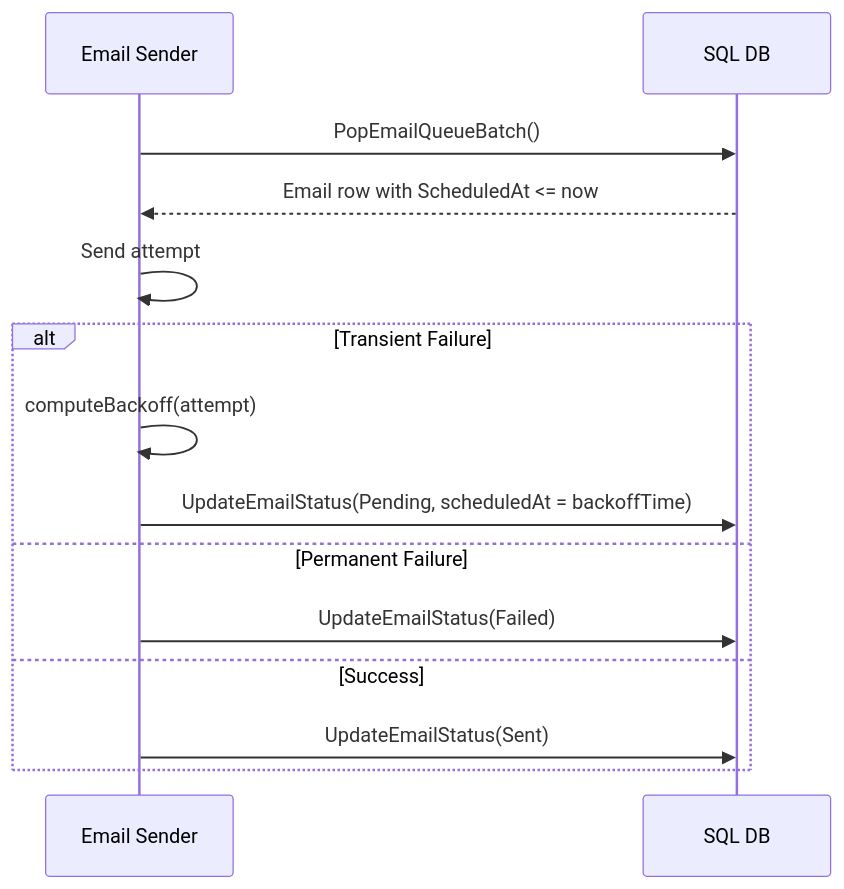
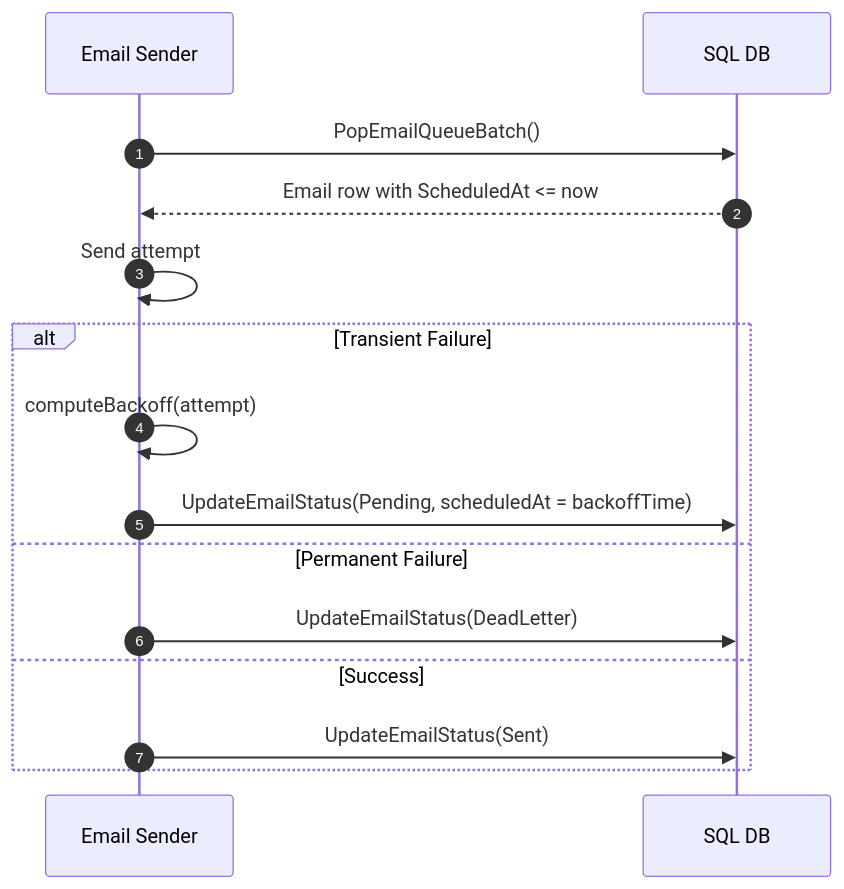
The fifth of 5 diagrams in architecture.md (ashishm-medallia/email-queue), drawn with Mermaid before and after one commit. The commit also changed other lines of this file, not shown here.

````diff
--- a/architecture.md
+++ b/architecture.md
@@ -103,19 +142,21 @@
 ```mermaid
 sequenceDiagram
+    autonumber
+
     participant Sender as Email Sender
     participant DB as SQL DB
 
     Sender->>DB: PopEmailQueueBatch()
     DB-->>Sender: Email row with ScheduledAt <= now
 
     Sender->>Sender: Send attempt
 
     alt Transient Failure
         Sender->>Sender: computeBackoff(attempt)
         Sender->>DB: UpdateEmailStatus(Pending, scheduledAt = backoffTime)
     else Permanent Failure
-        Sender->>DB: UpdateEmailStatus(Failed)
+        Sender->>DB: UpdateEmailStatus(DeadLetter)
     else Success
         Sender->>DB: UpdateEmailStatus(Sent)
     end
 ```
````
